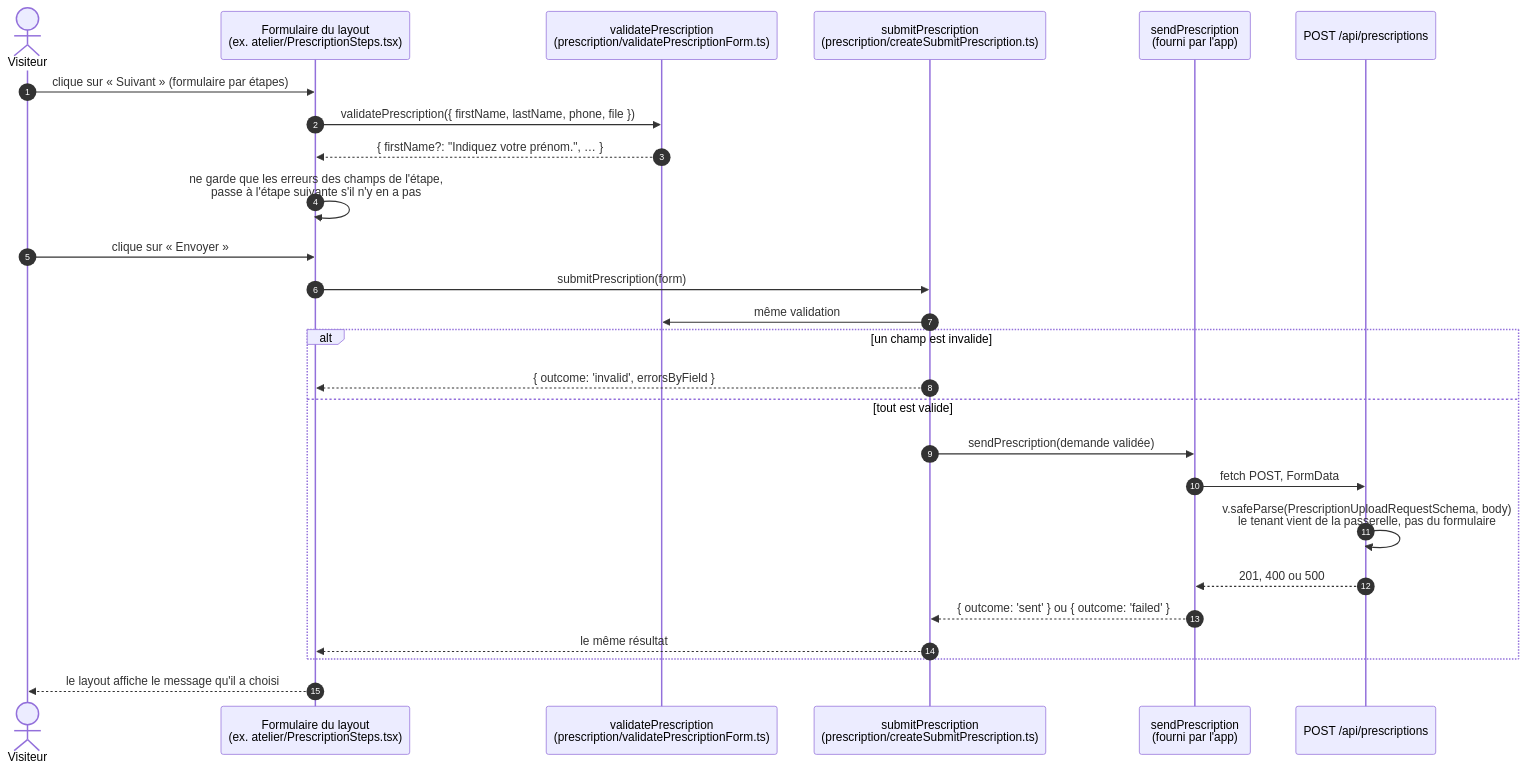
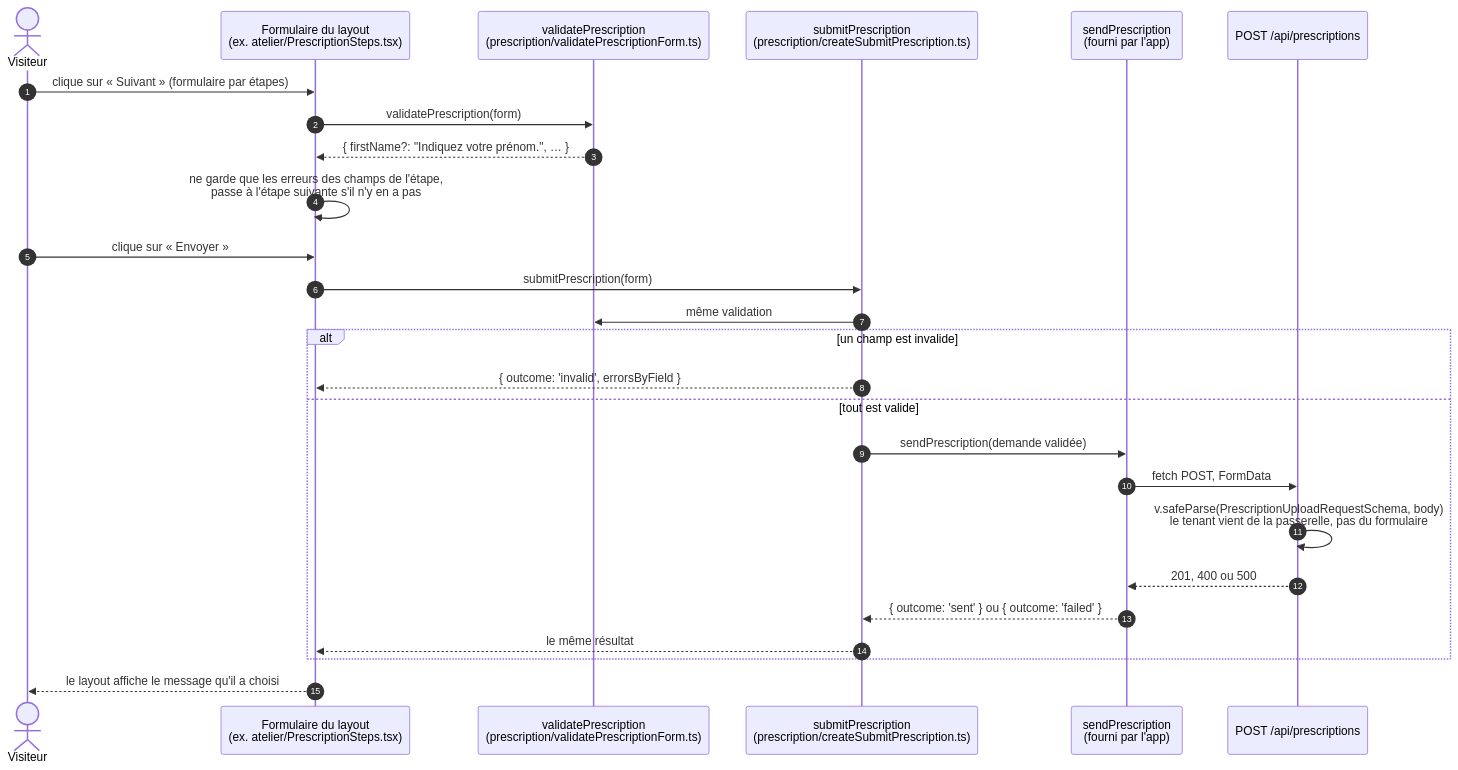
The seventh of 8 diagrams in app/engine/docs/fonctionnement-complet.md (BastienGRNT/crystal_pharm), drawn with Mermaid before and after one commit. The commit also changed other lines of this file and 111 other files, not shown here.

````diff
--- a/app/engine/docs/fonctionnement-complet.md
+++ b/app/engine/docs/fonctionnement-complet.md
@@ -219,30 +219,30 @@
 ```mermaid
 sequenceDiagram
     autonumber
     actor Visitor as Visiteur
     participant Form as Formulaire du layout<br/>(ex. atelier/PrescriptionSteps.tsx)
     participant Validate as validatePrescription<br/>(prescription/validatePrescriptionForm.ts)
     participant Submit as submitPrescription<br/>(prescription/createSubmitPrescription.ts)
     participant Send as sendPrescription<br/>(fourni par l'app)
     participant Api as POST /api/prescriptions
 
     Visitor->>Form: clique sur « Suivant » (formulaire par étapes)
-    Form->>Validate: validatePrescription({ firstName, lastName, phone, file })
+    Form->>Validate: validatePrescription(form)
     Validate-->>Form: { firstName?: "Indiquez votre prénom.", … }
     Form->>Form: ne garde que les erreurs des champs de l'étape,<br/>passe à l'étape suivante s'il n'y en a pas
 
     Visitor->>Form: clique sur « Envoyer »
     Form->>Submit: submitPrescription(form)
     Submit->>Validate: même validation
     alt un champ est invalide
         Submit-->>Form: { outcome: 'invalid', errorsByField }
     else tout est valide
         Submit->>Send: sendPrescription(demande validée)
         Send->>Api: fetch POST, FormData
         Api->>Api: v.safeParse(PrescriptionUploadRequestSchema, body)<br/>le tenant vient de la passerelle, pas du formulaire
         Api-->>Send: 201, 400 ou 500
         Send-->>Submit: { outcome: 'sent' } ou { outcome: 'failed' }
         Submit-->>Form: le même résultat
     end
     Form-->>Visitor: le layout affiche le message qu'il a choisi
 ```
````
